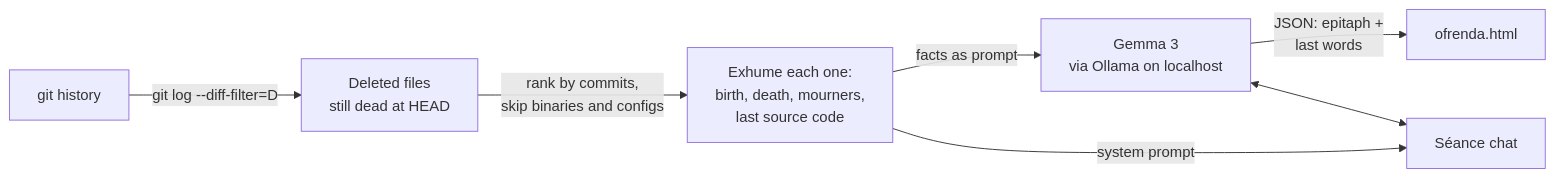
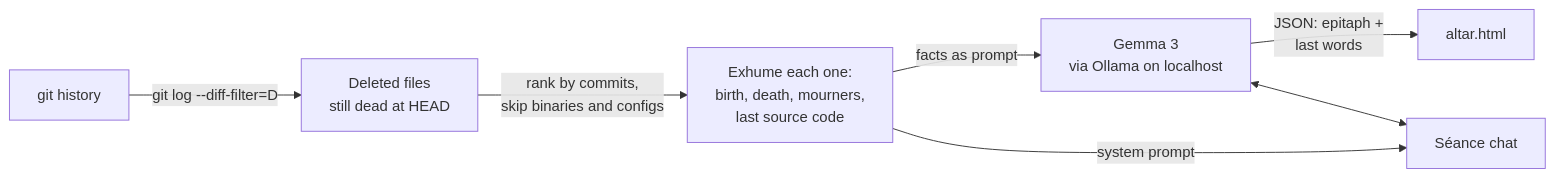
One commit to PauLopNun/git-afterlife changed the diagram in README.md. Above: the diagram before and after it, drawn with Mermaid. The commit also changed other lines of this file and 6 other files, not shown here.

````diff
--- a/README.md
+++ b/README.md
@@ -145,9 +145,9 @@
 ```mermaid
 flowchart LR
     A[git history] -->|git log --diff-filter=D| B[Deleted files<br>still dead at HEAD]
     B -->|rank by commits,<br>skip binaries and configs| C[Exhume each one:<br>birth, death, mourners,<br>last source code]
     C -->|facts as prompt| D[Gemma 3<br>via Ollama on localhost]
-    D -->|JSON: epitaph +<br>last words| E[ofrenda.html]
+    D -->|JSON: epitaph +<br>last words| E[altar.html]
     C -->|system prompt| F[Séance chat]
     D <--> F
 ```
````
